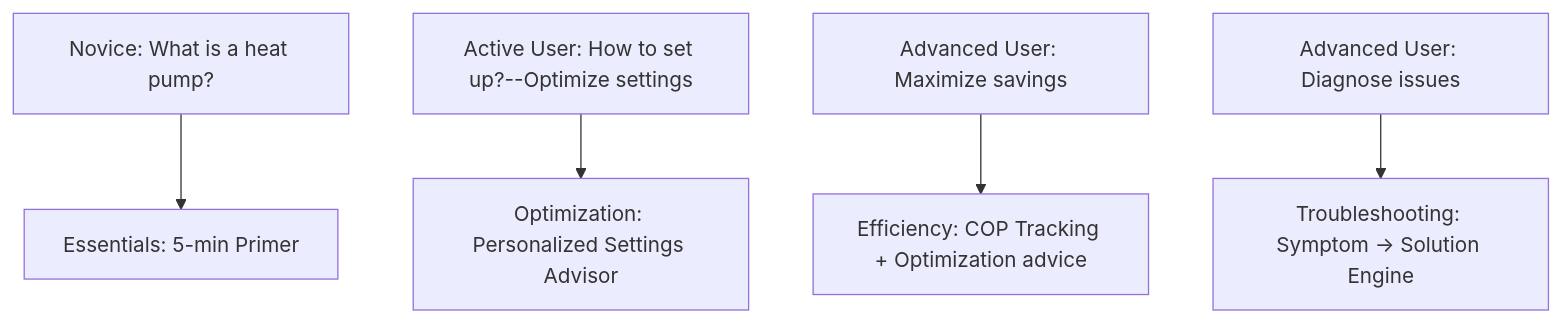
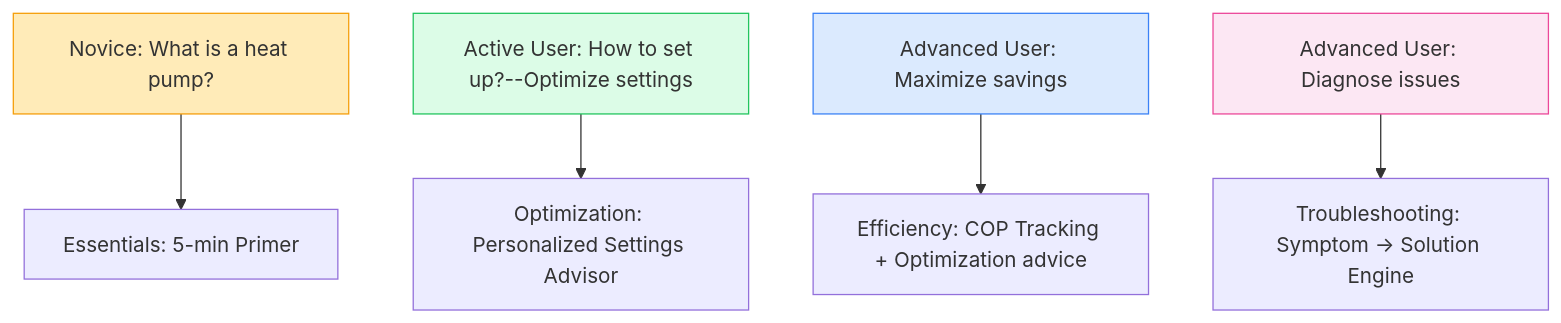
Before and after one commit to shandy-del/heatpump-go: the second of 2 diagrams in WeeklyNotes/week01.md, drawn with Mermaid. The commit also changed other lines of this file, not shown here.

````diff
--- a/WeeklyNotes/week01.md
+++ b/WeeklyNotes/week01.md
@@ -93,7 +103,12 @@
 ```mermaid 
 flowchart TD
 A1["Novice: What is a heat pump?"] --> A2["Essentials: 5-min Primer"] 
 B1["Active User: How to set up?--Optimize settings"] --> B2["Optimization: Personalized Settings Advisor"] 
 C1["Advanced User: Maximize savings"] --> C2["Efficiency: COP Tracking + Optimization advice"]
 D1["Advanced User: Diagnose issues"] --> D2["Troubleshooting: Symptom → Solution Engine"]
+
+style A1 fill:#FFEBB8,stroke:#F59E0B
+style B1 fill:#DCFCE7,stroke:#22C55E
+style C1 fill:#DBEAFE,stroke:#3B82F6
+style D1 fill:#FCE7F3,stroke:#EC4899
 ```
````
